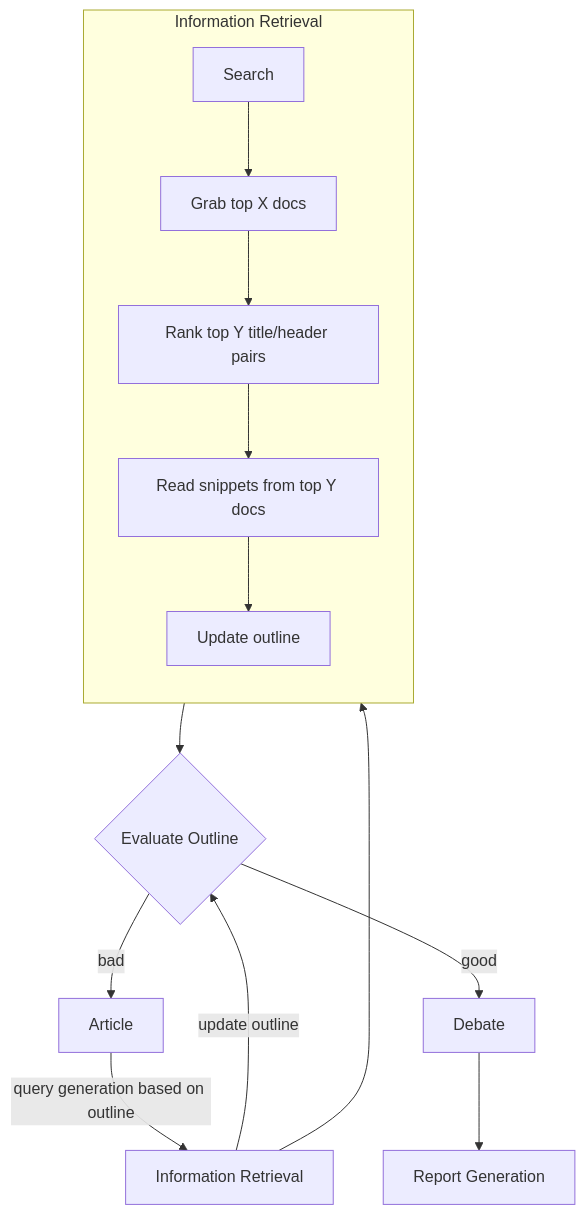
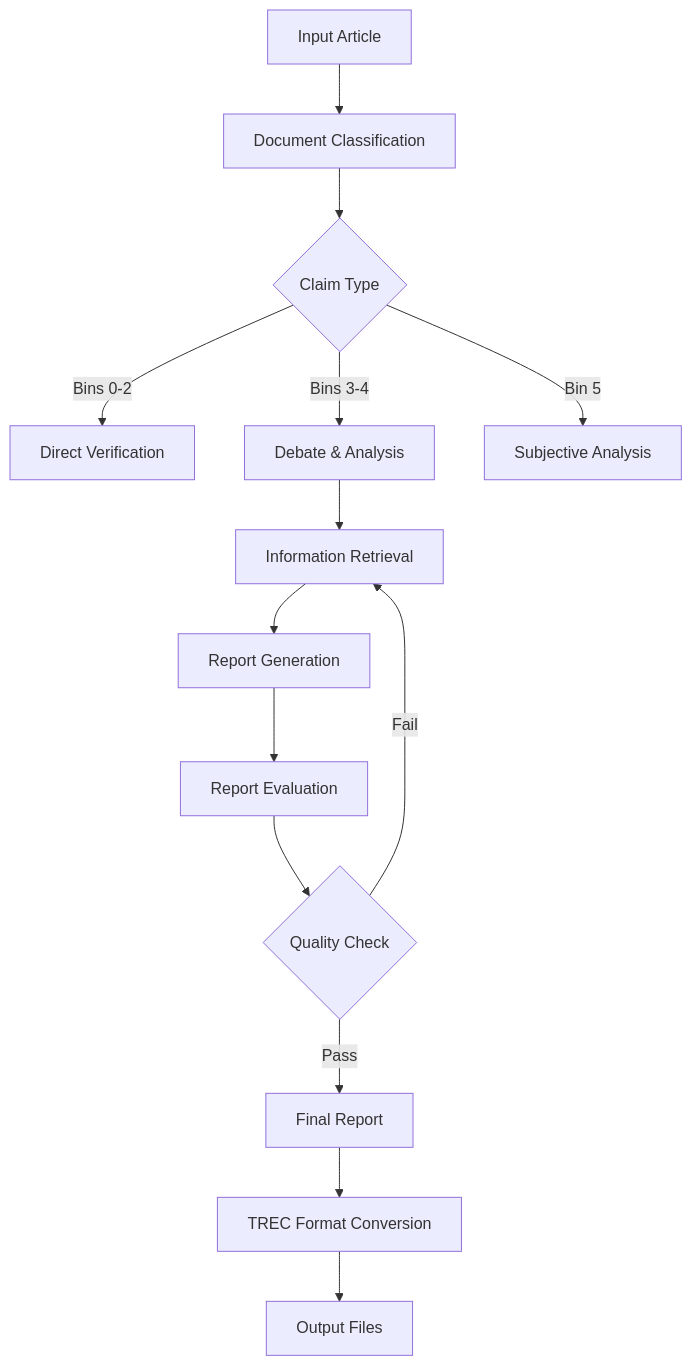
The diagram in README.md (Daniel-Seredensky/TrecDylanDan), drawn with Mermaid before and after one commit. The commit also changed other lines of this file and 18 other files, not shown here.

````diff
--- a/README.md
+++ b/README.md
@@ -5,27 +17,18 @@
-``` mermaid 
+```mermaid
 flowchart TD
-  %% Main flow
-  A[Article] 
-    -->|query generation based on outline| B[Information Retrieval]
-  B 
-    -->|update outline| C{Evaluate Outline}
-  C 
-    -->|bad| A
-  C 
-    -->|good| D[Debate]
-  D --> E[Report Generation]
-
-  %% Sub-process for Information Retrieval
-  subgraph "Information Retrieval"
-    direction TB
-    IR1[Search] 
-      --> IR2[Grab top X docs]
-    IR2 --> IR3[Rank top Y title/header pairs]
-    IR3 --> IR4[Read snippets from top Y docs]
-    IR4 --> IR5[Update outline]
-  end
-
-  %% Hook subgraph back into main flow
-  B --> IR1
-  IR5 --> C
+    A[Input Article] --> B[Document Classification]
+    B --> C{Claim Type}
+    C -->|Bins 0-2| D[Direct Verification]
+    C -->|Bins 3-4| E[Debate & Analysis]
+    C -->|Bin 5| F[Subjective Analysis]
+    
+    E --> G[Information Retrieval]
+    G --> H[Report Generation]
+    H --> I[Report Evaluation]
+    I --> J{Quality Check}
+    J -->|Fail| G
+    J -->|Pass| K[Final Report]
+    
+    K --> L[TREC Format Conversion]
+    L --> M[Output Files]
 ```
````
